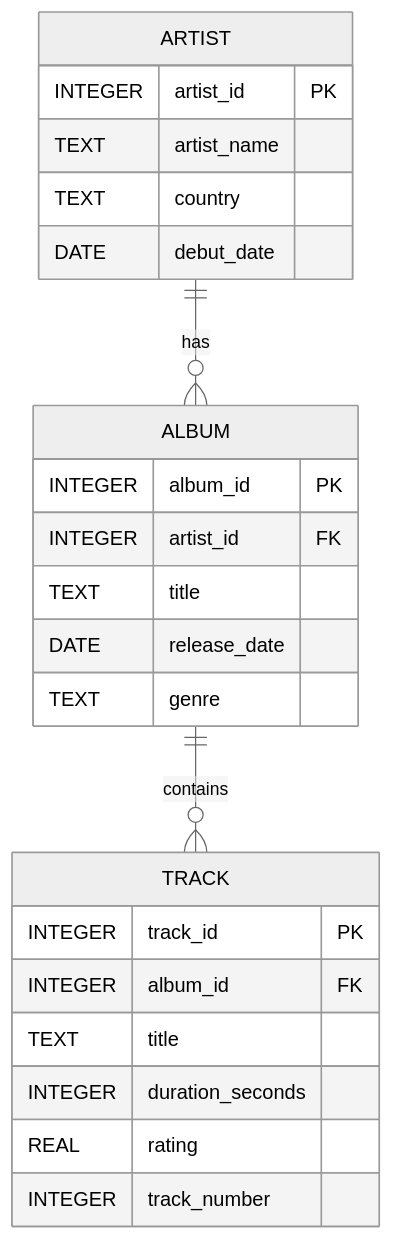
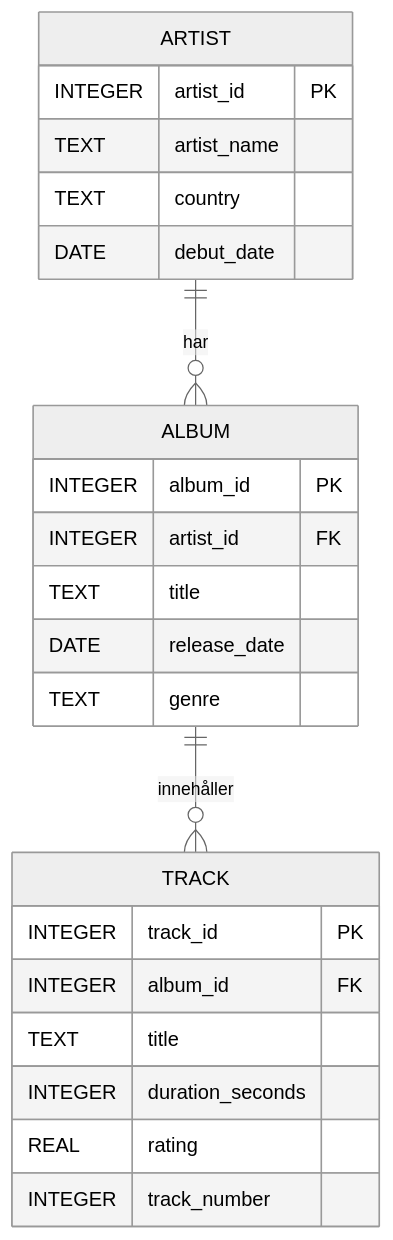
Before and after one commit to benji9812/databaser-inlamning-1: the diagram in docs/rapport.md, drawn with Mermaid (neutral theme). The commit also changed other lines of this file, not shown here.

````diff
--- a/docs/rapport.md
+++ b/docs/rapport.md
@@ -7,29 +7,29 @@
 ```mermaid
 erDiagram
-    ARTIST ||--o{ ALBUM : "has"
-    ALBUM ||--o{ TRACK : "contains"
+    ARTIST ||--o{ ALBUM : "har"
+    ALBUM ||--o{ TRACK : "innehåller"
 
     ARTIST {
         INTEGER artist_id PK
         TEXT artist_name
         TEXT country
         DATE debut_date
     }
 
     ALBUM {
         INTEGER album_id PK
         INTEGER artist_id FK
         TEXT title
         DATE release_date
         TEXT genre
     }
 
     TRACK {
         INTEGER track_id PK
         INTEGER album_id FK
         TEXT title
         INTEGER duration_seconds
         REAL rating
         INTEGER track_number
     }
 ```
````
